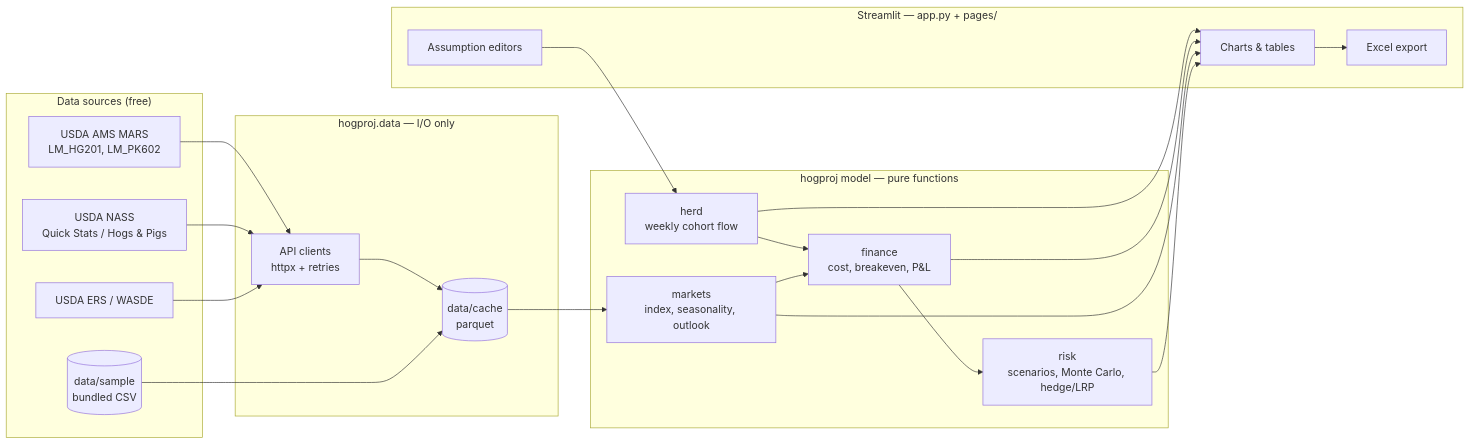
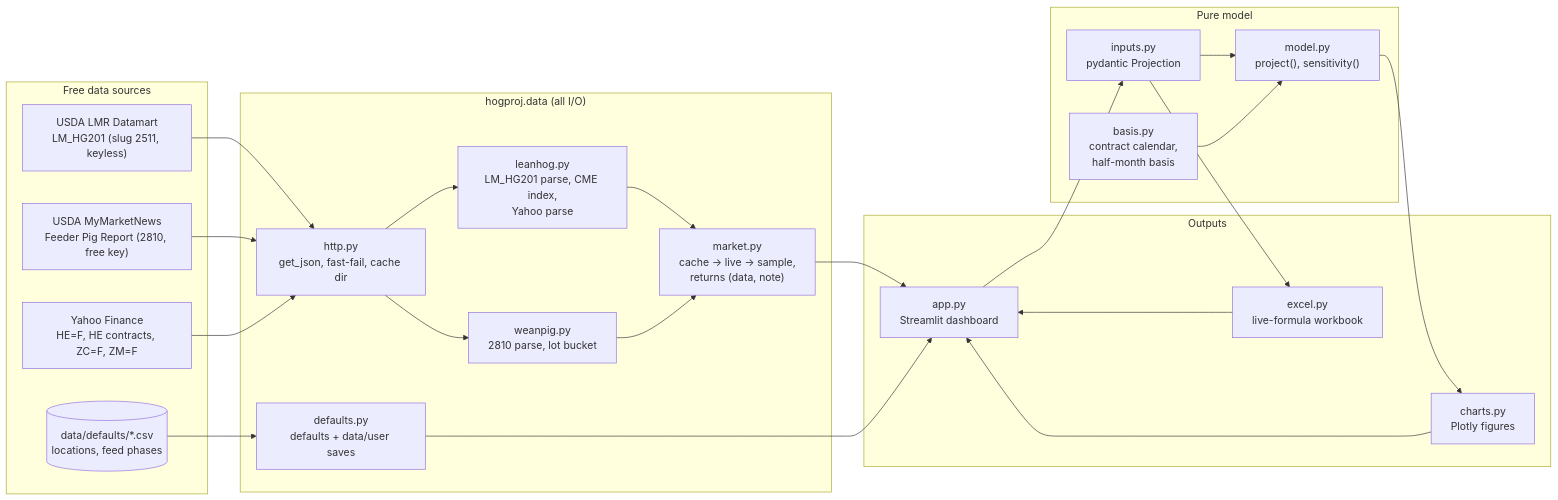
One commit to CalebSmit/HogProjections- changed the diagram in docs/ARCHITECTURE.md. Above: the diagram before and after it, drawn with Mermaid. The commit also changed other lines of this file and 6 other files, not shown here.

First line of the commit message:
docs: rewrite PRD, architecture map and plan for the W2F build; ADR 0002; README

````diff
--- a/docs/ARCHITECTURE.md
+++ b/docs/ARCHITECTURE.md
@@ -11,30 +8,34 @@
 ```mermaid
 flowchart LR
-    subgraph Sources["Data sources (free)"]
-        AMS[USDA AMS MARS<br/>LM_HG201, LM_PK602]
-        NASS[USDA NASS<br/>Quick Stats / Hogs & Pigs]
-        ERS[USDA ERS / WASDE]
-        SAMPLE[(data/sample<br/>bundled CSV)]
+    subgraph Sources["Free data sources"]
+        LMR["USDA LMR Datamart<br/>LM_HG201 (slug 2511, keyless)"]
+        MARS["USDA MyMarketNews<br/>Feeder Pig Report (2810, free key)"]
+        YF["Yahoo Finance<br/>HE=F, HE contracts, ZC=F, ZM=F"]
+        DEF[("data/defaults/*.csv<br/>locations, feed phases")]
     end
-    subgraph Data["hogproj.data — I/O only"]
-        CLIENTS[API clients<br/>httpx + retries]
-        CACHE[(data/cache<br/>parquet)]
+    subgraph Data["hogproj.data (all I/O)"]
+        HTTP["http.py<br/>get_json, fast-fail, cache dir"]
+        LH["leanhog.py<br/>LM_HG201 parse, CME index,<br/>Yahoo parse"]
+        WP["weanpig.py<br/>2810 parse, lot bucket"]
+        MK["market.py<br/>cache -> live -> sample,<br/>returns (data, note)"]
+        DF["defaults.py<br/>defaults + data/user saves"]
     end
-    subgraph Model["hogproj model — pure functions"]
-        HERD[herd<br/>weekly cohort flow]
-        FIN[finance<br/>cost, breakeven, P&L]
-        MKT[markets<br/>index, seasonality, outlook]
-        RISK[risk<br/>scenarios, Monte Carlo, hedge/LRP]
+    subgraph Model["Pure model"]
+        IN["inputs.py<br/>pydantic Projection"]
+        BA["basis.py<br/>contract calendar,<br/>half-month basis"]
+        MO["model.py<br/>project(), sensitivity()"]
     end
-    subgraph UI["Streamlit — app.py + pages/"]
-        INPUTS[Assumption editors]
-        VIEWS[Charts & tables]
-        EXPORT[Excel export]
+    subgraph Out["Outputs"]
+        APP["app.py<br/>Streamlit dashboard"]
+        CH["charts.py<br/>Plotly figures"]
+        XL["excel.py<br/>live-formula workbook"]
     end
-    AMS & NASS & ERS --> CLIENTS --> CACHE
-    SAMPLE --> CACHE
-    CACHE --> MKT
-    INPUTS --> HERD --> FIN
-    MKT --> FIN --> RISK
-    HERD & FIN & MKT & RISK --> VIEWS --> EXPORT
+    LMR & MARS & YF --> HTTP --> LH & WP --> MK
+    DEF --> DF
+    MK --> APP
+    DF --> APP
+    APP --> IN --> MO
+    BA --> MO
+    MO --> CH --> APP
+    IN --> XL --> APP
 ```
````
